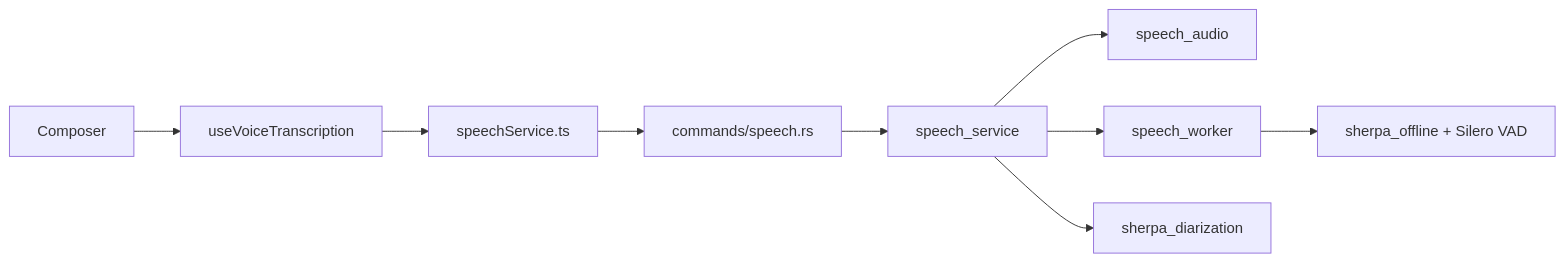
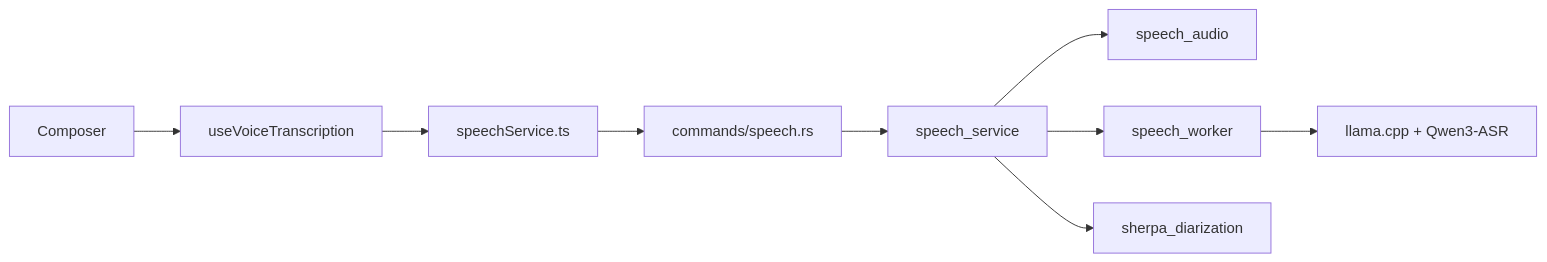
One commit to GabrielMiuzzi/notia changed diagram 48 of 52 in README-TECH.md. Above: the diagram before and after it, drawn with Mermaid. The commit also changed other lines of this file and 51 other files, not shown here.

Commit message:
feat: bundle isolated Qwen3 ASR runtime and models

````diff
--- a/README-TECH.md
+++ b/README-TECH.md
@@ -3200,11 +3206,11 @@
 ```mermaid
 flowchart LR
     Composer --> Hook[useVoiceTranscription]
     Hook --> Adapter[speechService.ts]
     Adapter --> Commands[commands/speech.rs]
     Commands --> Session[speech_service]
     Session --> Audio[speech_audio]
     Session --> Worker[speech_worker]
-    Worker --> Sherpa[sherpa_offline + Silero VAD]
+    Worker --> Qwen[llama.cpp + Qwen3-ASR]
     Session --> Speakers[sherpa_diarization]
 ```
````
